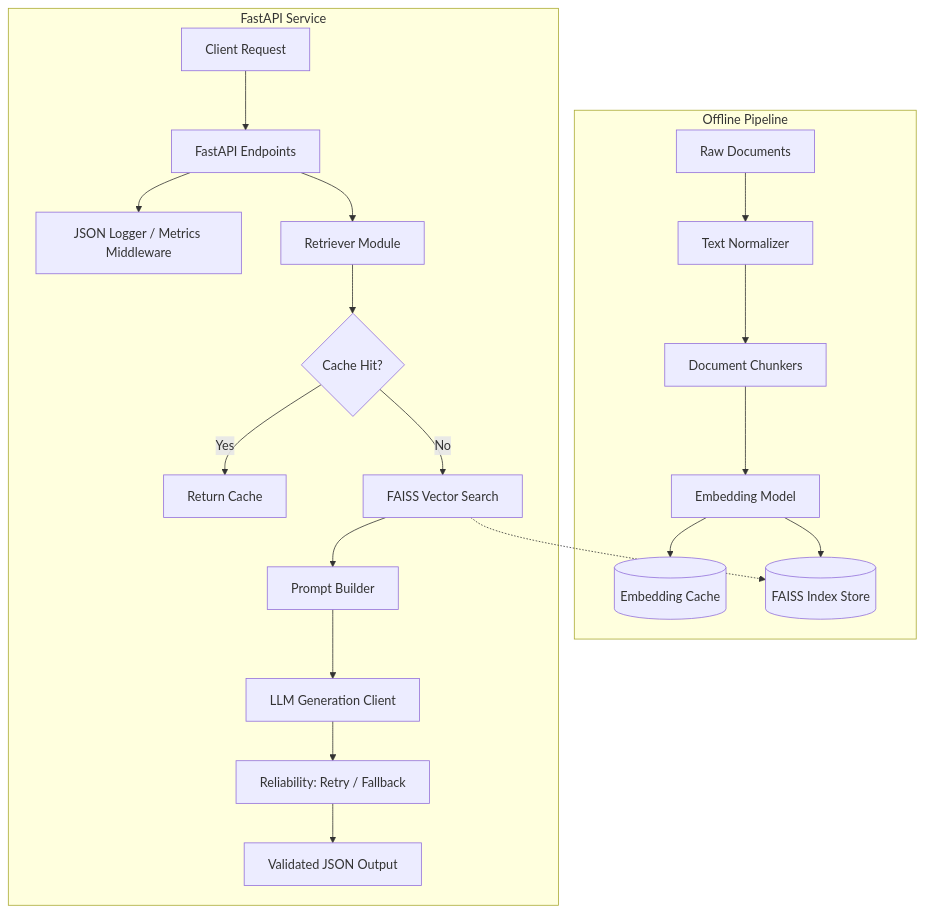
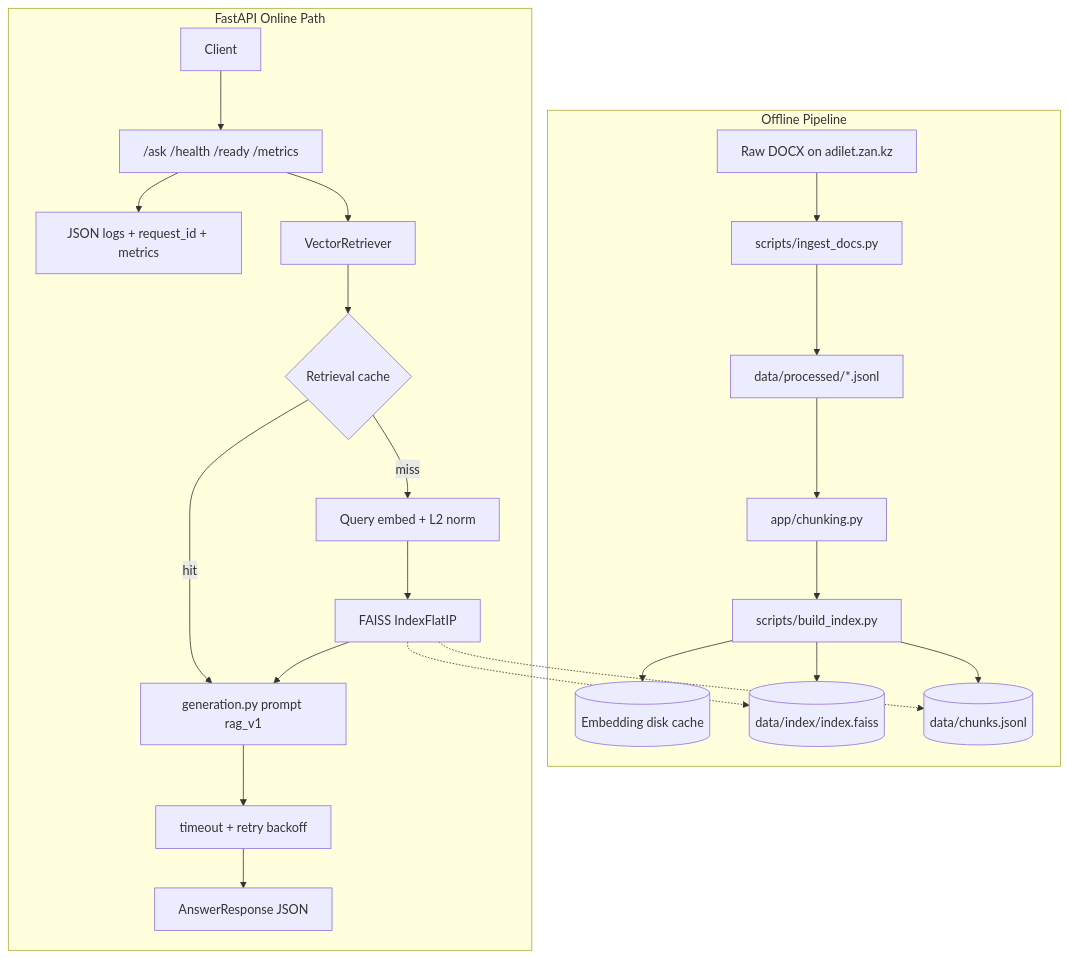
Before and after one commit to Astana17/autosphere-rag: the diagram in README.md, drawn with Mermaid. The commit also changed other lines of this file and 17 other files, not shown here.

````diff
--- a/README.md
+++ b/README.md
@@ -54,28 +79,28 @@
 ```mermaid
 graph TD
-    %% Ingestion Pipeline
-    subgraph Ingestion [Offline Pipeline]
-        RawDocs[Raw Documents] --> Clean[Text Normalizer]
-        Clean --> Chunk[Document Chunkers]
-        Chunk --> Embed[Embedding Model]
-        Embed --> Cache[(Embedding Cache)]
-        Embed --> FAISS[(FAISS Index Store)]
+    subgraph Offline [Offline Pipeline]
+        RawDocs[Raw DOCX on adilet.zan.kz] --> Ingest[scripts/ingest_docs.py]
+        Ingest --> Processed[data/processed/*.jsonl]
+        Processed --> Chunk[app/chunking.py]
+        Chunk --> Embed[scripts/build_index.py]
+        Embed --> EmbCache[(Embedding disk cache)]
+        Embed --> FAISS[(data/index/index.faiss)]
+        Embed --> Chunks[(data/chunks.jsonl)]
     end
 
-    %% Web Service
-    subgraph Runtime [FastAPI Service]
-        Client[Client Request] --> API[FastAPI Endpoints]
-        API --> Observability[JSON Logger / Metrics Middleware]
-        API --> Retrieval[Retriever Module]
-        Retrieval --> CacheHit{Cache Hit?}
-        CacheHit -- Yes --> GetCached[Return Cache]
-        CacheHit -- No --> Search[FAISS Vector Search]
-        Search --> GenPrompt[Prompt Builder]
-        GenPrompt --> LLM[LLM Generation Client]
-        LLM --> Retry[Reliability: Retry / Fallback]
-        Retry --> Output[Validated JSON Output]
+    subgraph Online [FastAPI Online Path]
+        Client --> API["/ask /health /ready /metrics"]
+        API --> Obs[JSON logs + request_id + metrics]
+        API --> Ret[VectorRetriever]
+        Ret --> RCache{Retrieval cache}
+        RCache -->|miss| EmbedQ[Query embed + L2 norm]
+        EmbedQ --> Search[FAISS IndexFlatIP]
+        Search --> Gen[generation.py prompt rag_v1]
+        RCache -->|hit| Gen
+        Gen --> Rel[timeout + retry backoff]
+        Rel --> Out[AnswerResponse JSON]
     end
 
-    %% Storage connections
     Search -.-> FAISS
+    Search -.-> Chunks
 ```
````
